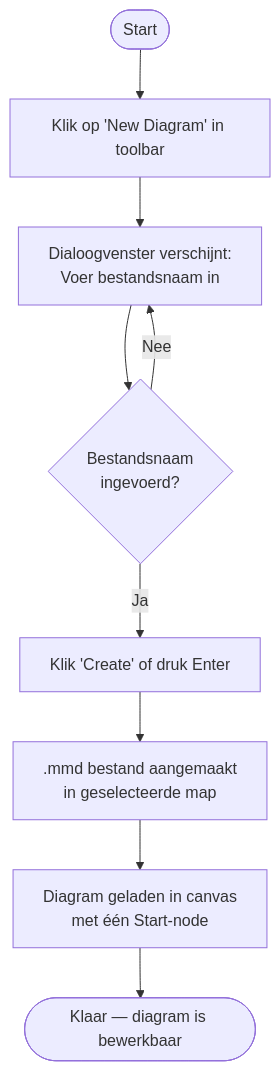
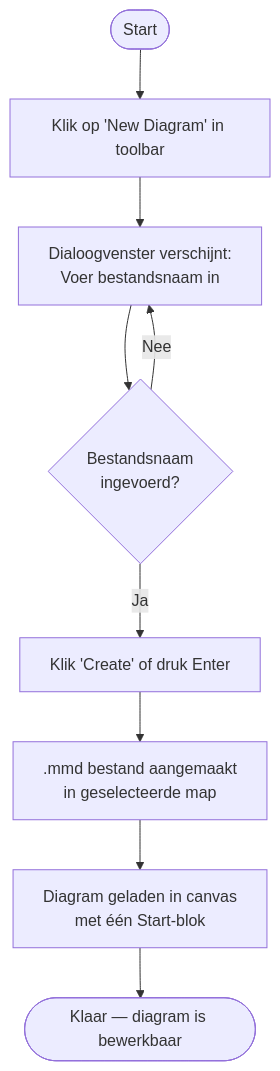
One commit to GRJX/mmd-flowchart changed the first of 14 diagrams in USERFLOWS.md. Above: the diagram before and after it, drawn with Mermaid. The commit also changed other lines of this file and 1 other file, not shown here.

Commit message:
refactor: update flowchart syntax for clarity and consistency; enhance user flow descriptions

````diff
--- a/USERFLOWS.md
+++ b/USERFLOWS.md
@@ -9,11 +9,11 @@
 ```mermaid
 flowchart TD
     A([Start]) --> B[Klik op 'New Diagram' in toolbar]
-    B --> C[Dialoogvenster verschijnt:\nVoer bestandsnaam in]
-    C --> D{Bestandsnaam\ningevoerd?}
+    B --> C["Dialoogvenster verschijnt:<br>Voer bestandsnaam in"]
+    C --> D{"Bestandsnaam<br>ingevoerd?"}
     D -- Nee --> C
     D -- Ja --> E[Klik 'Create' of druk Enter]
-    E --> F[.mmd bestand aangemaakt\nin geselecteerde map]
-    F --> G[Diagram geladen in canvas\nmet één Start-node]
+    E --> F[".mmd bestand aangemaakt<br>in geselecteerde map"]
+    F --> G["Diagram geladen in canvas<br>met één Start-blok"]
     G --> H([Klaar — diagram is bewerkbaar])
 ```
````
